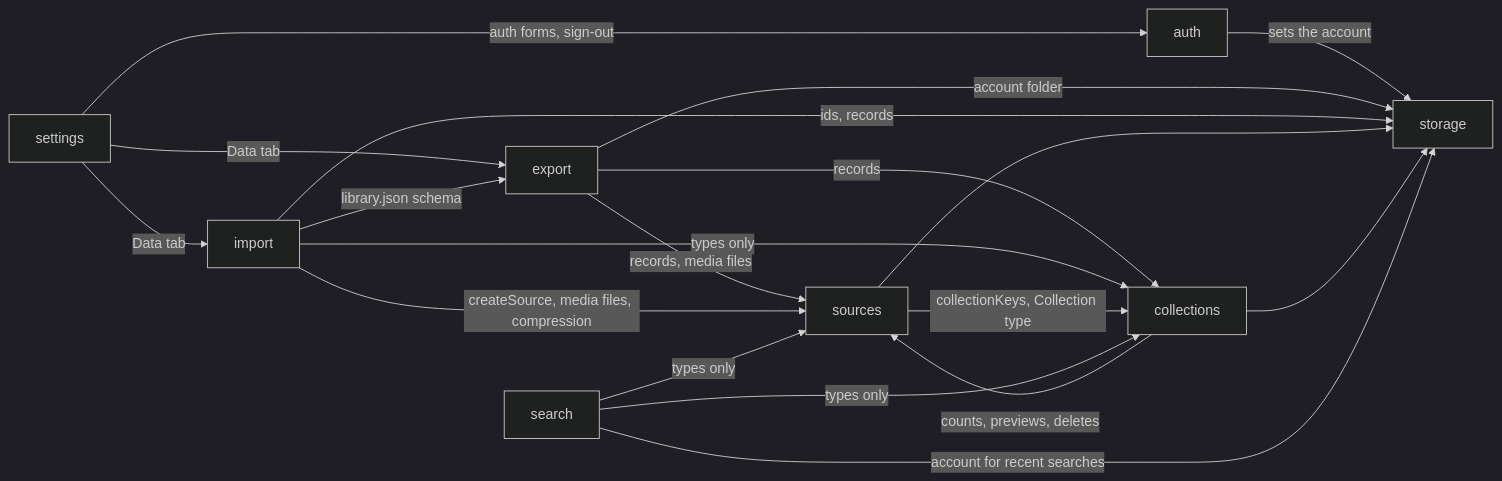
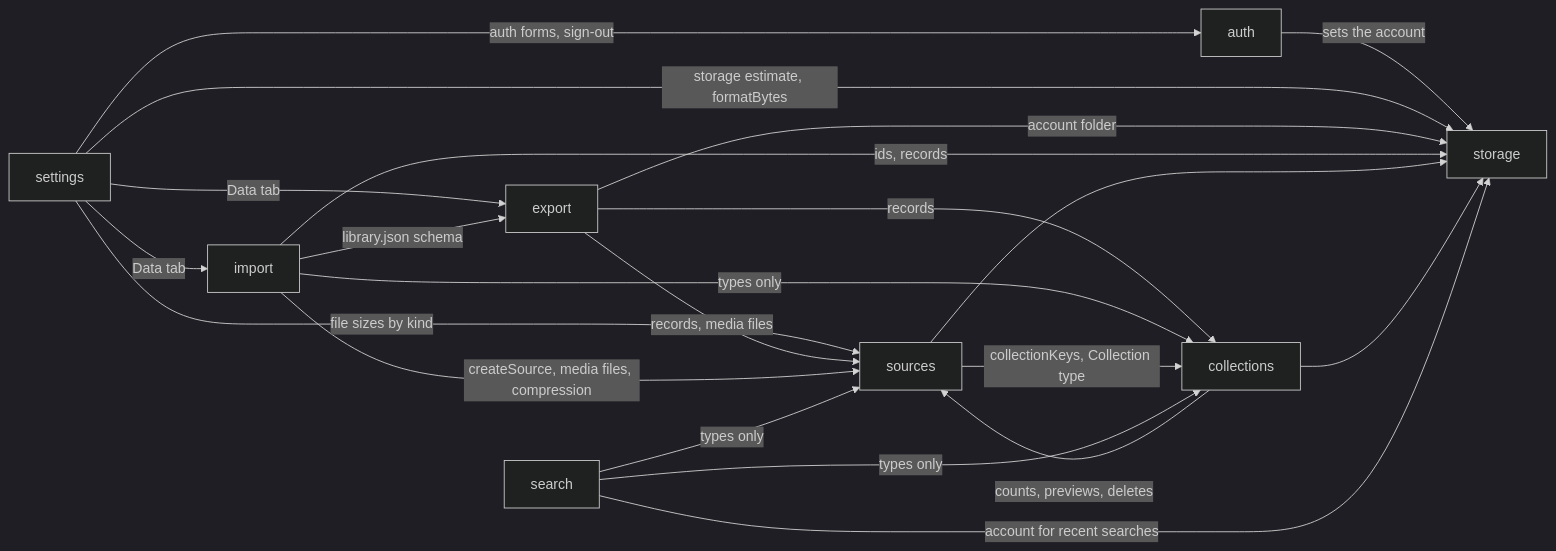
Before and after one commit to kun1225/mado: the diagram in apps/web/ARCHITECTURE.md, drawn with Mermaid (dark theme). The commit also changed other lines of this file and 12 other files, not shown here.

First line of the commit message:
feat: show storage used and compact backup in settings

````diff
--- a/apps/web/ARCHITECTURE.md
+++ b/apps/web/ARCHITECTURE.md
@@ -25,21 +25,23 @@
 ```mermaid
 graph LR
   auth -->|sets the account| storage
   settings -->|auth forms, sign-out| auth
   settings -->|Data tab| export
   settings -->|Data tab| import
+  settings -->|file sizes by kind| sources
+  settings -->|storage estimate, formatBytes| storage
   export -->|records, media files| sources
   export -->|records| collections
   export -->|account folder| storage
   import -->|library.json schema| export
   import -->|createSource, media files, compression| sources
   import -->|types only| collections
   import -->|ids, records| storage
   sources --> storage
   collections --> storage
   sources -->|collectionKeys, Collection type| collections
   collections -->|counts, previews, deletes| sources
   search -->|types only| collections
   search -->|types only| sources
   search -->|account for recent searches| storage
 ```
````
